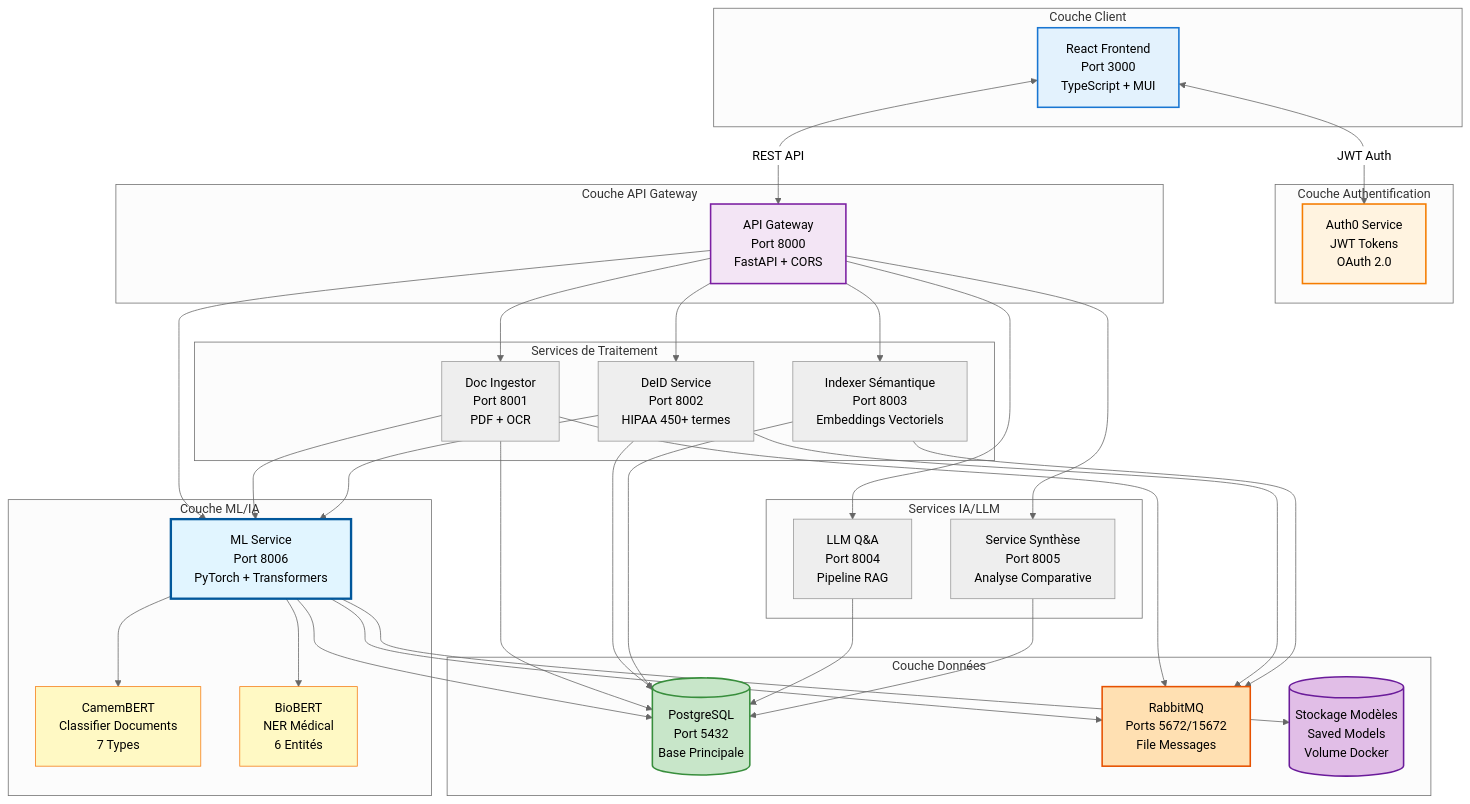
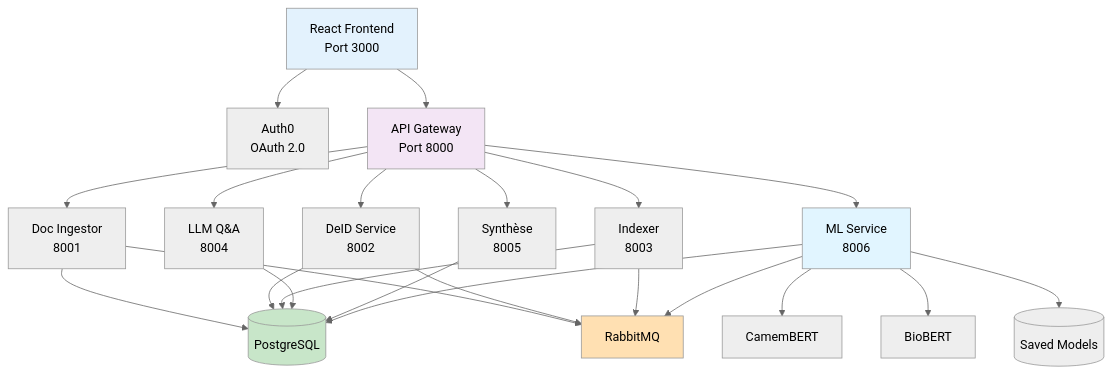
Before and after one commit to SimoHb7/docqa-ms: the first of 4 diagrams in README.md, drawn with Mermaid (neutral theme). The commit also changed other lines of this file, not shown here.

Commit message:
fix: diagrams

````diff
--- a/README.md
+++ b/README.md
@@ -47,77 +50,35 @@
 ```mermaid
-graph TB
-    subgraph "Couche Client"
-        UI[React Frontend<br/>Port 3000<br/>TypeScript + MUI]
-    end
+flowchart TD
+    UI[React Frontend<br/>Port 3000] --> Auth0[Auth0<br/>OAuth 2.0]
+    UI --> Gateway[API Gateway<br/>Port 8000]
     
-    subgraph "Couche Authentification"
-        Auth0[Auth0 Service<br/>JWT Tokens<br/>OAuth 2.0]
-    end
+    Gateway --> DocIng[Doc Ingestor<br/>8001]
+    Gateway --> DeID[DeID Service<br/>8002]
+    Gateway --> Index[Indexer<br/>8003]
+    Gateway --> LLM[LLM Q&A<br/>8004]
+    Gateway --> Synth[Synthèse<br/>8005]
+    Gateway --> ML[ML Service<br/>8006]
     
-    subgraph "Couche API Gateway"
-        Gateway[API Gateway<br/>Port 8000<br/>FastAPI + CORS]
-    end
+    ML --> ML1[CamemBERT]
+    ML --> ML2[BioBERT]
     
-    subgraph "Couche ML/IA"
-        ML[ML Service<br/>Port 8006<br/>PyTorch + Transformers]
-        ML1[CamemBERT<br/>Classifier Documents<br/>7 Types]
-        ML2[BioBERT<br/>NER Médical<br/>6 Entités]
-        
-        ML --> ML1
-        ML --> ML2
-    end
-    
-    subgraph "Services de Traitement"
-        DocIng[Doc Ingestor<br/>Port 8001<br/>PDF + OCR]
-        DeID[DeID Service<br/>Port 8002<br/>HIPAA 450+ termes]
-        Index[Indexer Sémantique<br/>Port 8003<br/>Embeddings Vectoriels]
-    end
-    
-    subgraph "Services IA/LLM"
-        LLM[LLM Q&A<br/>Port 8004<br/>Pipeline RAG]
-        Synth[Service Synthèse<br/>Port 8005<br/>Analyse Comparative]
-    end
-    
-    subgraph "Couche Données"
-        PG[(PostgreSQL<br/>Port 5432<br/>Base Principale)]
-        RMQ[RabbitMQ<br/>Ports 5672/15672<br/>File Messages]
-        Models[(Stockage Modèles<br/>Saved Models<br/>Volume Docker)]
-    end
-    
-    UI <-->|JWT Auth| Auth0
-    UI <-->|REST API| Gateway
-    
-    Gateway --> DocIng
-    Gateway --> DeID
-    Gateway --> Index
-    Gateway --> LLM
-    Gateway --> Synth
-    Gateway --> ML
-    
-    DocIng --> ML
-    DeID --> ML
-    
-    DocIng --> RMQ
-    DeID --> RMQ
-    Index --> RMQ
-    ML --> RMQ
-    
-    DocIng --> PG
+    DocIng --> PG[(PostgreSQL)]
     DeID --> PG
     Index --> PG
     LLM --> PG
     Synth --> PG
     ML --> PG
     
-    ML --> Models
+    DocIng --> RMQ[RabbitMQ]
+    DeID --> RMQ
+    Index --> RMQ
+    ML --> RMQ
     
-    style UI fill:#e3f2fd,stroke:#1976d2,stroke-width:2px
-    style Auth0 fill:#fff3e0,stroke:#f57c00,stroke-width:2px
-    style Gateway fill:#f3e5f5,stroke:#7b1fa2,stroke-width:2px
-    style ML fill:#e1f5ff,stroke:#01579b,stroke-width:3px
-    style ML1 fill:#fff9c4,stroke:#f57f17
-    style ML2 fill:#fff9c4,stroke:#f57f17
-    style PG fill:#c8e6c9,stroke:#388e3c,stroke-width:2px
-    style RMQ fill:#ffe0b2,stroke:#e65100,stroke-width:2px
-    style Models fill:#e1bee7,stroke:#6a1b9a,stroke-width:2px
+    ML --> Models[(Saved Models)]
+    
+    style UI fill:#e3f2fd
+    style Gateway fill:#f3e5f5
+    style ML fill:#e1f5ff
+    style PG fill:#c8e6c9
+    style RMQ fill:#ffe0b2
 ```
````
